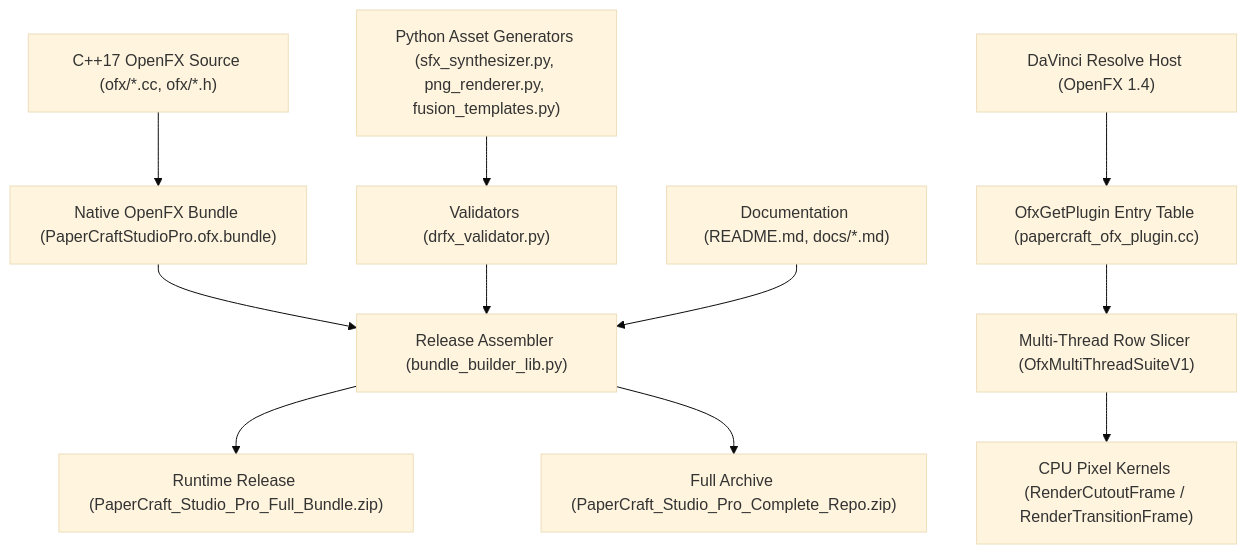
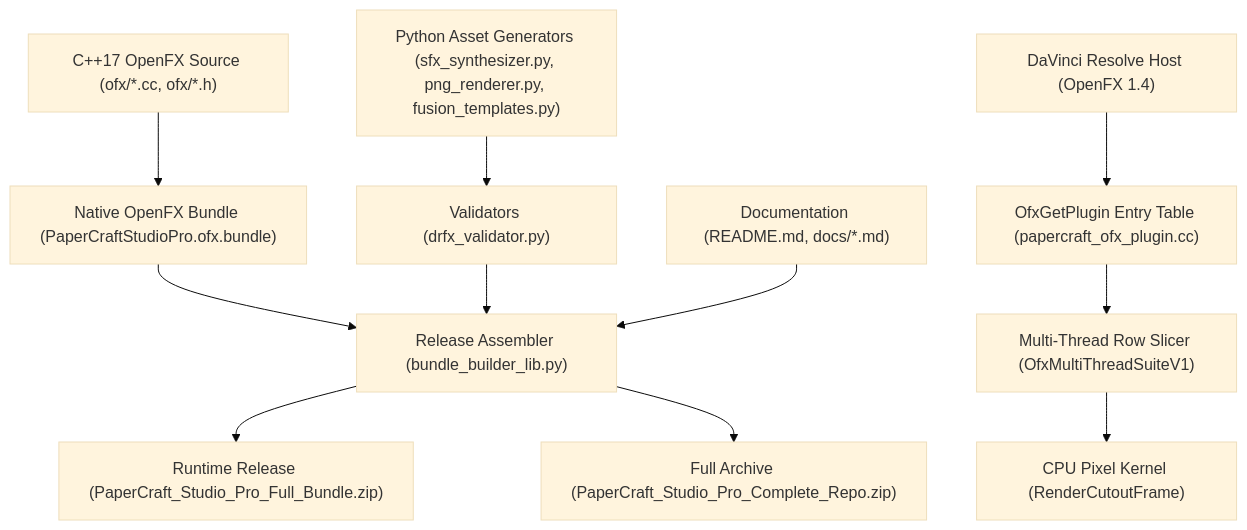
One commit to la-matatena/mttn-papercraft-studio changed the first of 2 diagrams in docs/design_doc.md. Above: the diagram before and after it, drawn with Mermaid (base theme). The commit also changed other lines of this file and 16 other files, not shown here.

````diff
--- a/docs/design_doc.md
+++ b/docs/design_doc.md
@@ -57,14 +57,14 @@
 ```mermaid
 flowchart TD
   S["C++17 OpenFX Source (ofx/*.cc, ofx/*.h)"] --> B["Native OpenFX Bundle (PaperCraftStudioPro.ofx.bundle)"]
   P["Python Asset Generators (sfx_synthesizer.py, png_renderer.py, fusion_templates.py)"] --> V["Validators (drfx_validator.py)"]
   B --> R["Release Assembler (bundle_builder_lib.py)"]
   V --> R
   D["Documentation (README.md, docs/*.md)"] --> R
   R --> Z1["Runtime Release (PaperCraft_Studio_Pro_Full_Bundle.zip)"]
   R --> Z2["Full Archive (PaperCraft_Studio_Pro_Complete_Repo.zip)"]
 
   H["DaVinci Resolve Host (OpenFX 1.4)"] --> E["OfxGetPlugin Entry Table (papercraft_ofx_plugin.cc)"]
   E --> T["Multi-Thread Row Slicer (OfxMultiThreadSuiteV1)"]
-  T --> K["CPU Pixel Kernels (RenderCutoutFrame / RenderTransitionFrame)"]
+  T --> K["CPU Pixel Kernel (RenderCutoutFrame)"]
 ```
````
